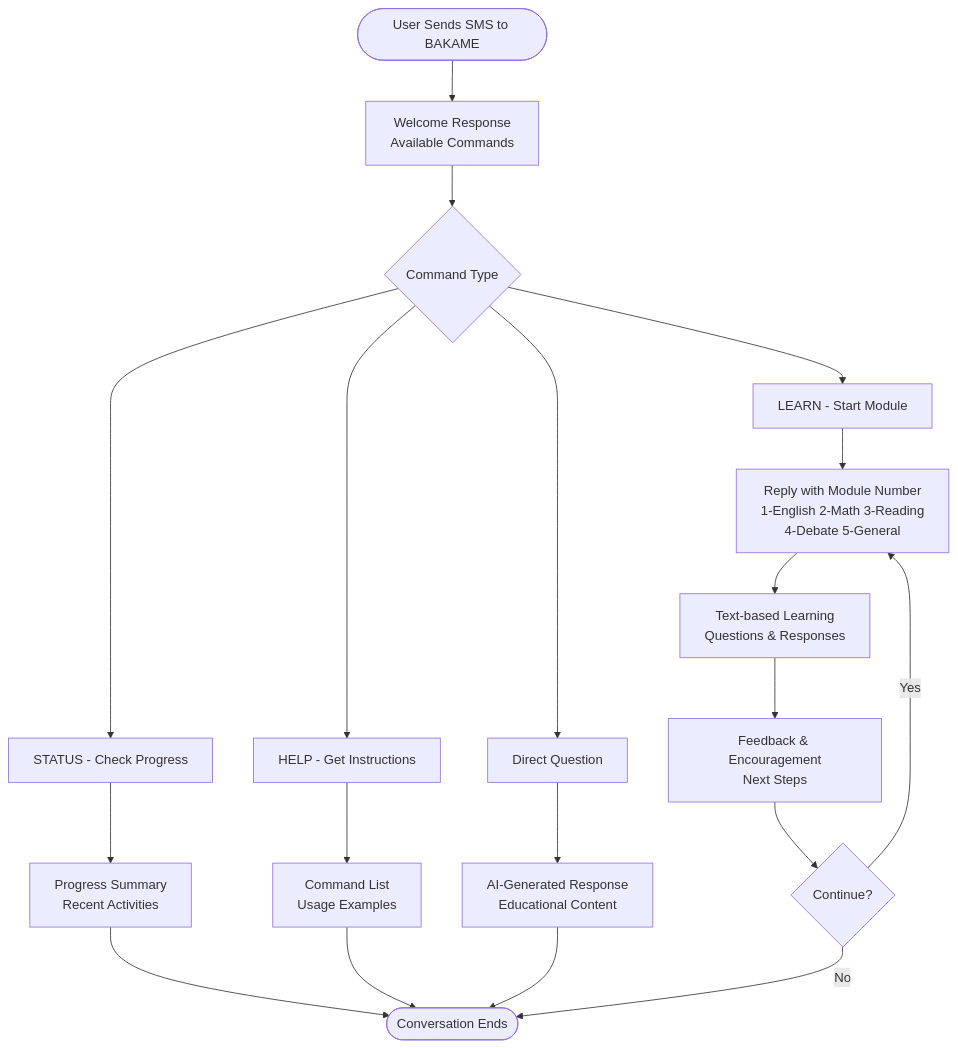
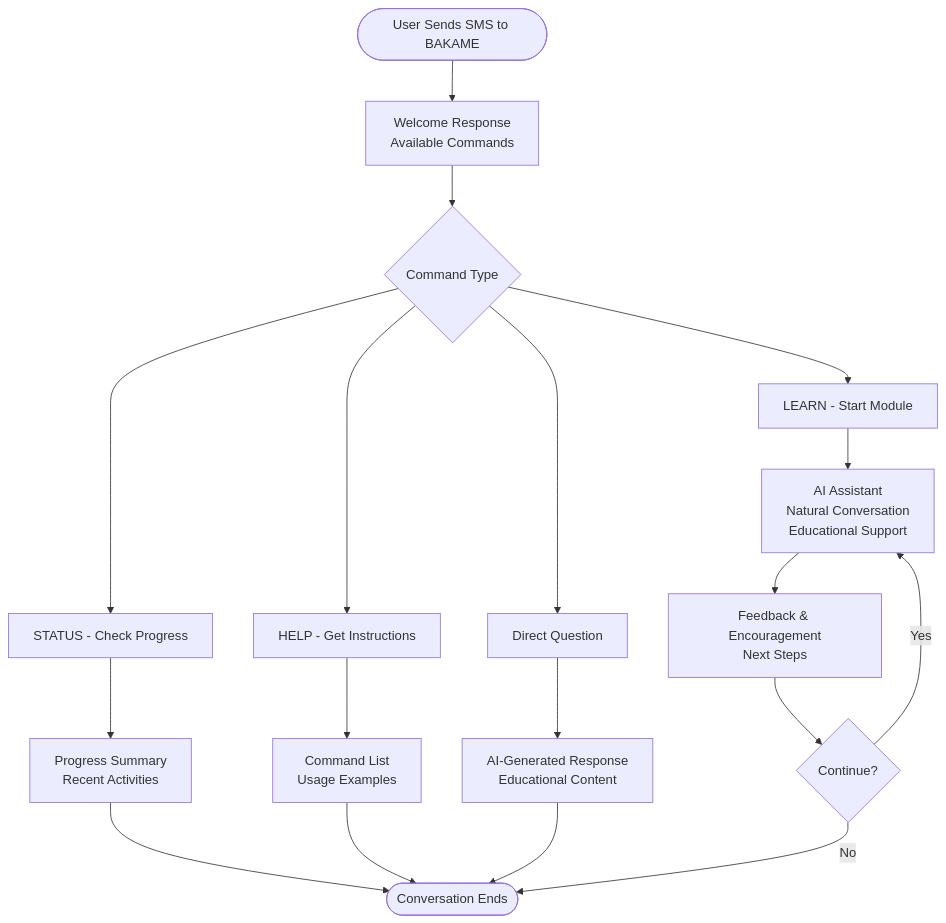
Before and after one commit to bakameai/mvp: the second of 4 diagrams in docs/user_flow_diagrams.md, drawn with Mermaid. The commit also changed other lines of this file and 16 other files, not shown here.

````diff
--- a/docs/user_flow_diagrams.md
+++ b/docs/user_flow_diagrams.md
@@ -36,25 +23,24 @@
 ```mermaid
 flowchart TD
     SMSStart([User Sends SMS to BAKAME]) --> SMSWelcome[Welcome Response<br/>Available Commands]
     SMSWelcome --> SMSCommand{Command Type}
     
     SMSCommand --> Learn[LEARN - Start Module]
     SMSCommand --> Status[STATUS - Check Progress]
     SMSCommand --> Help[HELP - Get Instructions]
     SMSCommand --> Question[Direct Question]
     
-    Learn --> SMSModuleSelect[Reply with Module Number<br/>1-English 2-Math 3-Reading<br/>4-Debate 5-General]
-    SMSModuleSelect --> SMSLearning[Text-based Learning<br/>Questions & Responses]
+    Learn --> SMSLearning[AI Assistant<br/>Natural Conversation<br/>Educational Support]
     
     Status --> SMSProgress[Progress Summary<br/>Recent Activities]
     Help --> SMSInstructions[Command List<br/>Usage Examples]
     Question --> SMSAnswer[AI-Generated Response<br/>Educational Content]
     
     SMSLearning --> SMSFeedback[Feedback & Encouragement<br/>Next Steps]
     SMSProgress --> SMSEnd([Conversation Ends])
     SMSInstructions --> SMSEnd
     SMSAnswer --> SMSEnd
     SMSFeedback --> SMSContinue{Continue?}
-    SMSContinue -->|Yes| SMSModuleSelect
+    SMSContinue -->|Yes| SMSLearning
     SMSContinue -->|No| SMSEnd
 ```
````
